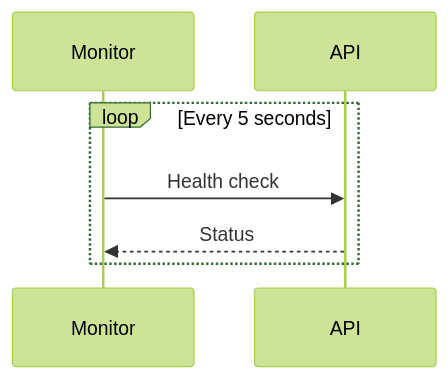
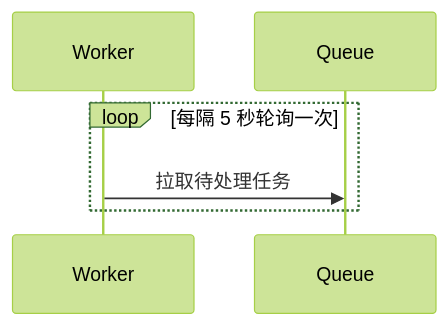
The fourth of 6 diagrams in skills/mermaid-diagrams/references/sequence-diagrams.md (betterlmy/agent-skills), drawn with Mermaid (forest theme) before and after one commit. The commit also changed other lines of this file and 46 other files, not shown here.

````diff
--- a/skills/mermaid-diagrams/references/sequence-diagrams.md
+++ b/skills/mermaid-diagrams/references/sequence-diagrams.md
@@ -139,7 +70,9 @@
 ```mermaid
 sequenceDiagram
-    loop Every 5 seconds
-        Monitor->>API: Health check
-        API-->>Monitor: Status
+    participant Worker
+    participant Queue
+
+    loop 每隔 5 秒轮询一次
+        Worker->>Queue: 拉取待处理任务
     end
 ```
````
